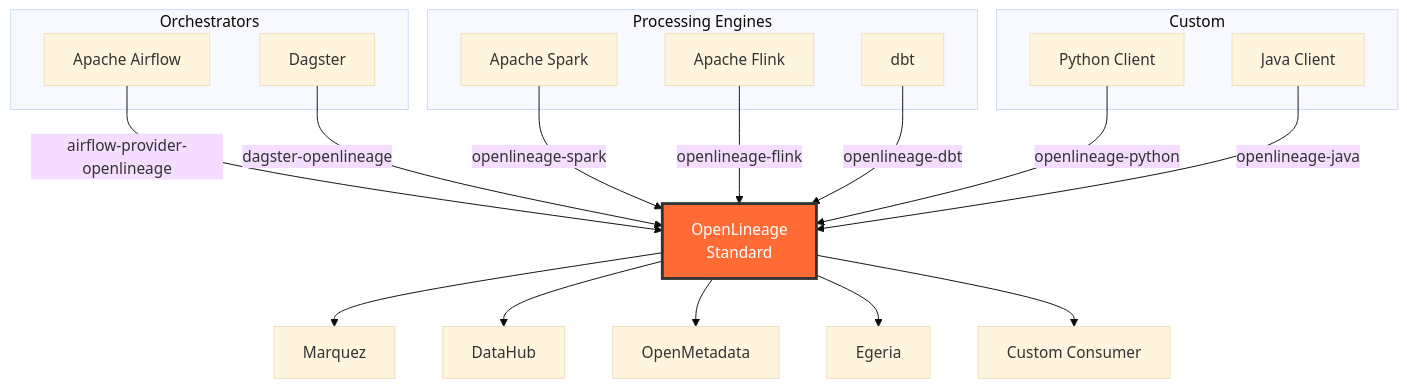
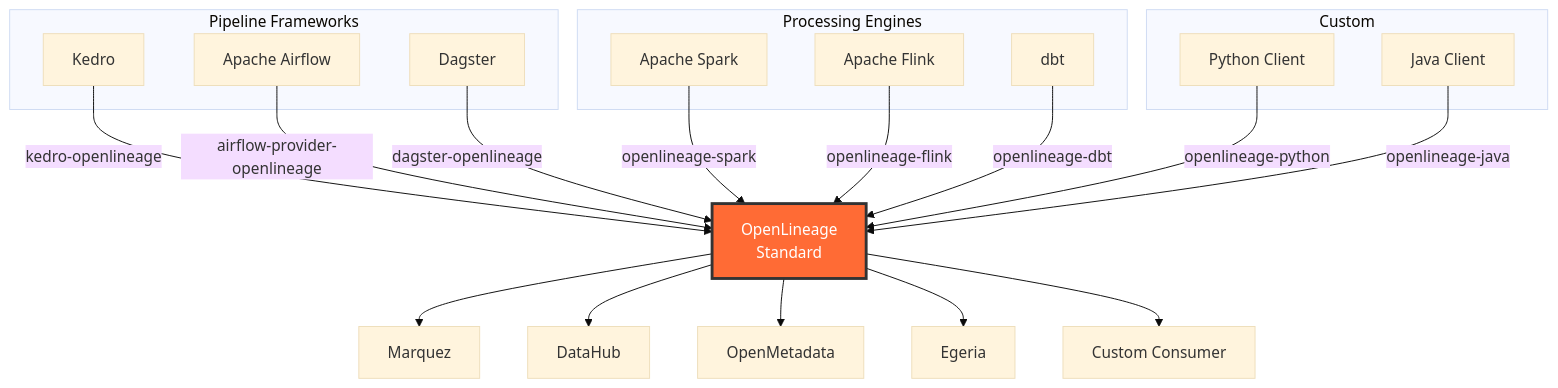
Before and after one commit to millsks/data-lineage-book: the tenth of 12 diagrams in chapters/05-openlineage-standard.md, drawn with Mermaid (base theme). The commit also changed other lines of this file and 4 other files, not shown here.

````diff
--- a/chapters/05-openlineage-standard.md
+++ b/chapters/05-openlineage-standard.md
@@ -507,36 +510,38 @@
 ```mermaid
 graph TD
-    subgraph "Orchestrators"
+    subgraph "Pipeline Frameworks"
+        KDR["Kedro"]
         AIR["Apache Airflow"]
         DAG["Dagster"]
     end
 
     subgraph "Processing Engines"
         SPK["Apache Spark"]
         FLK["Apache Flink"]
         DBT["dbt"]
     end
 
     subgraph "Custom"
         PY["Python Client"]
         JV["Java Client"]
     end
 
     OL["OpenLineage<br/>Standard"]
 
+    KDR -->|"kedro-openlineage"| OL
     AIR -->|"airflow-provider-openlineage"| OL
     DAG -->|"dagster-openlineage"| OL
     SPK -->|"openlineage-spark"| OL
     FLK -->|"openlineage-flink"| OL
     DBT -->|"openlineage-dbt"| OL
     PY -->|"openlineage-python"| OL
     JV -->|"openlineage-java"| OL
 
     OL --> MQ["Marquez"]
     OL --> DH["DataHub"]
     OL --> OM["OpenMetadata"]
     OL --> EG["Egeria"]
     OL --> CS["Custom Consumer"]
 
     style OL fill:#FF6B35,color:#fff,stroke:#333,stroke-width:3px
 ```
````
